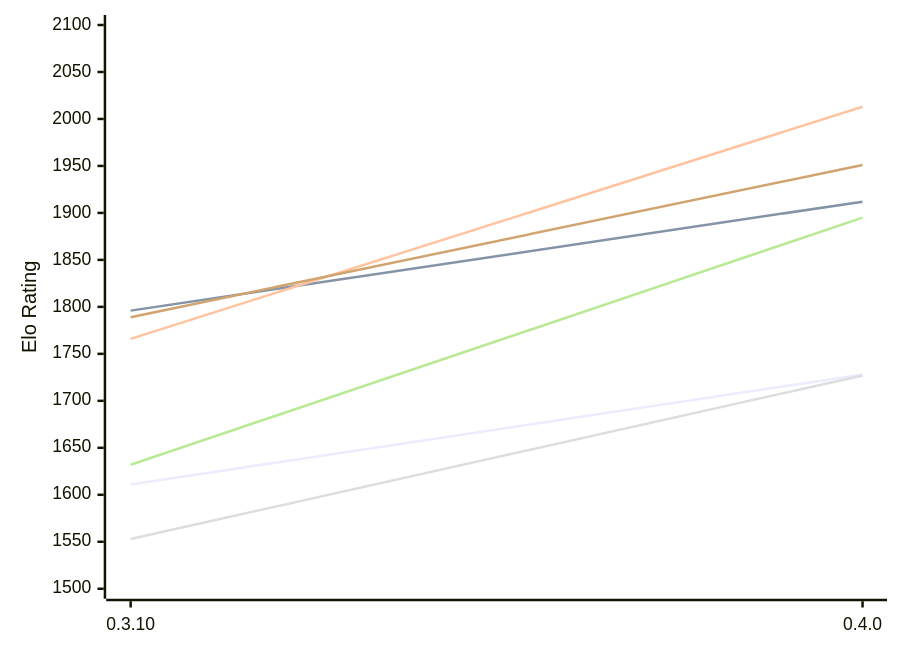
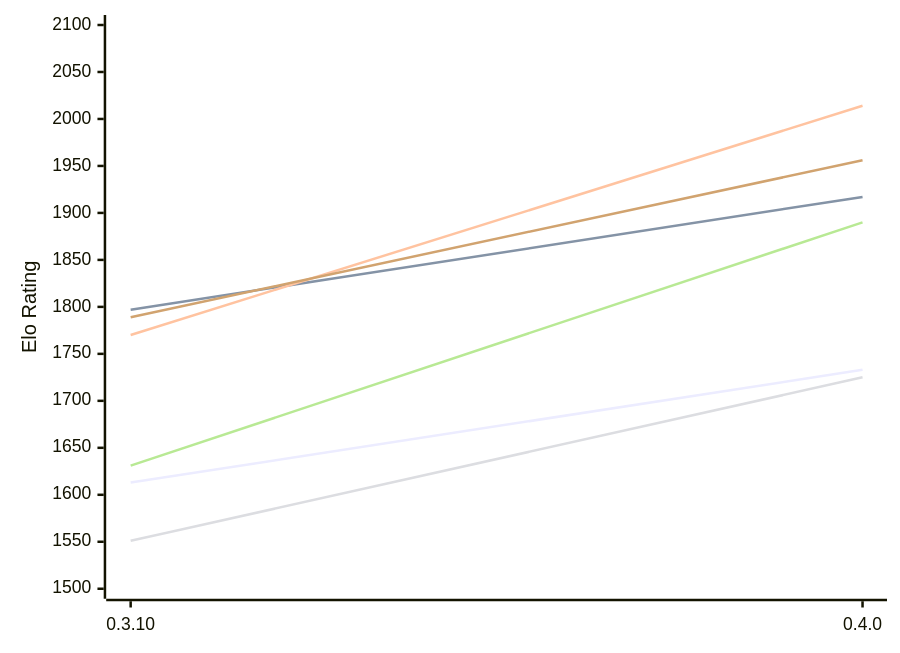
The first of 2 diagrams in engines/Arche.md (computer-chess-index/cci), drawn with Mermaid before and after one commit. The commit also changed other lines of this file, not shown here.

Commit message:
Update CCI Ratings (ELO VLTC) - 2026-11-22

````diff
--- a/engines/Arche.md
+++ b/engines/Arche.md
@@ -53,12 +53,12 @@
 ```mermaid
 %%{init: {"theme":"base","themeVariables":{"seriesColors:['#a3a3a3','#222221','#faa371']}}}%%
 xychart-beta
   x-axis ["0.3.10", "0.4.0"]
   y-axis "Elo Rating" 1500 --> 2100
-  line "E1: STC (8.0+0.08s)" [1611, 1728]
-  line "E1: LTC (60.0+0.60s)" [1796, 1912]
-  line "E1: VLTC (2m24s+1.12s)" [1766, 2013]
-  line "P1: STC (8.0+0.08s)" [1553, 1727]
-  line "P1: LTC (60.0+0.60s)" [1632, 1895]
-  line "P1: VLTC (2m24s+1.12s)" [1789, 1951]
+  line "E1: STC (8.0+0.08s)" [1613, 1733]
+  line "E1: LTC (60.0+0.60s)" [1797, 1917]
+  line "E1: VLTC (2m24s+1.12s)" [1770, 2014]
+  line "P1: STC (8.0+0.08s)" [1551, 1725]
+  line "P1: LTC (60.0+0.60s)" [1631, 1890]
+  line "P1: VLTC (2m24s+1.12s)" [1789, 1956]
 ```
````
